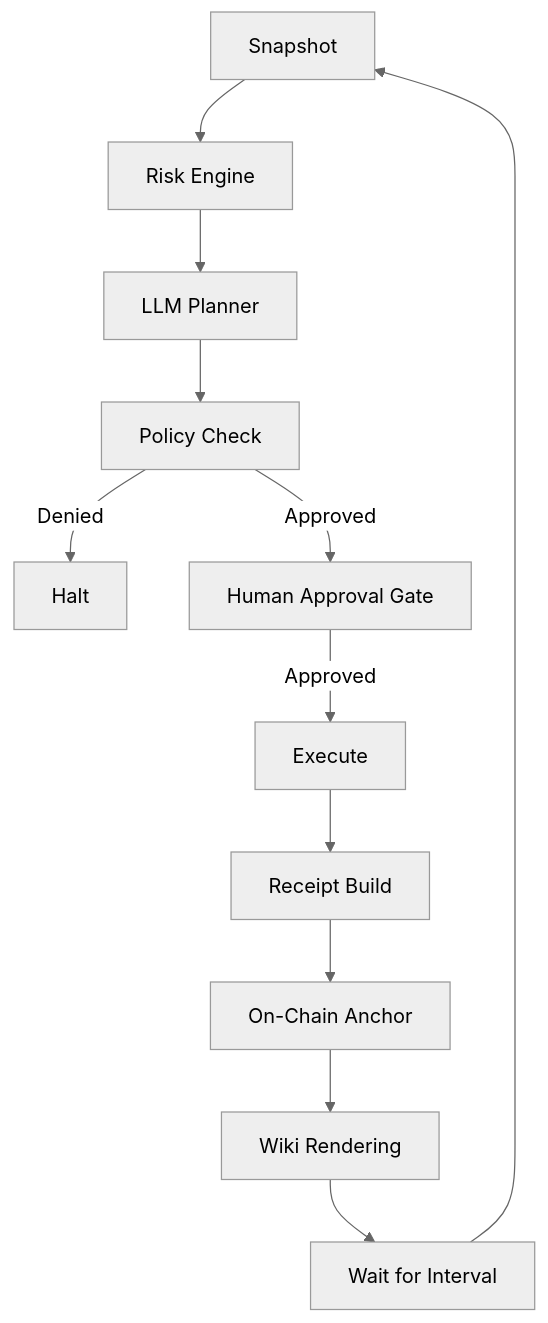
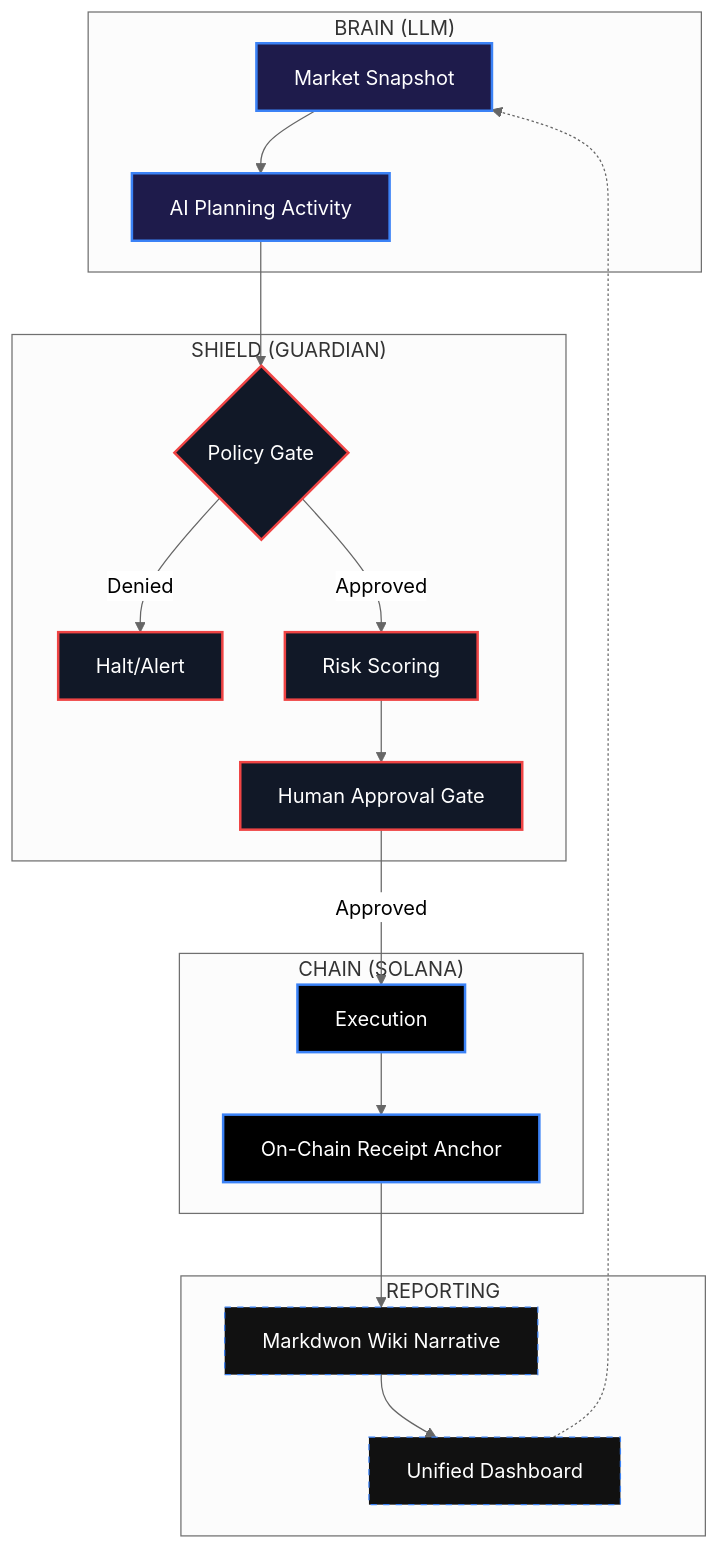
One commit to knarayanareddy/Guardian changed the diagram in README.md. Above: the diagram before and after it, drawn with Mermaid (neutral theme). The commit also changed other lines of this file and 2 other files, not shown here.

Commit message:
docs: overhaul landing page, readme, and architecture visuals

````diff
--- a/README.md
+++ b/README.md
@@ -20,14 +21,30 @@
 ```mermaid
 graph TD
-    A[Snapshot] --> B[Risk Engine]
-    B --> C[LLM Planner]
-    C --> D[Policy Check]
-    D -- Denied --> E[Halt]
-    D -- Approved --> F[Human Approval Gate]
-    F -- Approved --> G[Execute]
-    G --> H[Receipt Build]
-    H --> I[On-Chain Anchor]
-    I --> J[Wiki Rendering]
-    J --> K[Wait for Interval]
-    K --> A
+    classDef brain fill:#1e1b4b,stroke:#3b82f6,stroke-width:2px,color:#fff
+    classDef shield fill:#111827,stroke:#ef4444,stroke-width:2px,color:#fff
+    classDef chain fill:#000,stroke:#3b82f6,stroke-width:2px,color:#fff
+    classDef output fill:#111,stroke:#3b82f6,stroke-dasharray: 5 5,color:#fff
+
+    subgraph Intelligence ["BRAIN (LLM)"]
+        A[Market Snapshot]:::brain --> B[AI Planning Activity]:::brain
+    end
+
+    subgraph Security ["SHIELD (GUARDIAN)"]
+        B --> C{Policy Gate}:::shield
+        C -- Denied --> D[Halt/Alert]:::shield
+        C -- Approved --> E[Risk Scoring]:::shield
+        E --> F[Human Approval Gate]:::shield
+    end
+
+    subgraph Ledger ["CHAIN (SOLANA)"]
+        F -- Approved --> G[Execution]:::chain
+        G --> H[On-Chain Receipt Anchor]:::chain
+    end
+
+    subgraph Audit ["REPORTING"]
+        H --> I[Markdwon Wiki Narrative]:::output
+        I --> J[Unified Dashboard]:::output
+    end
+
+    J -.-> A
 ```
````
